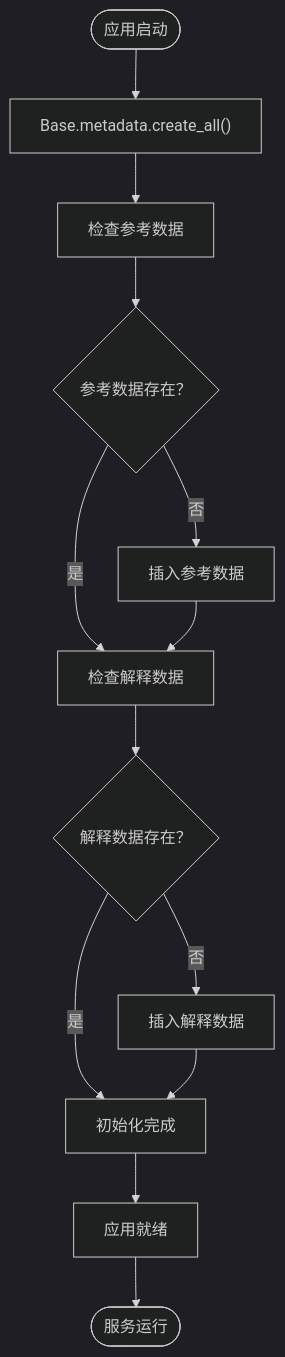
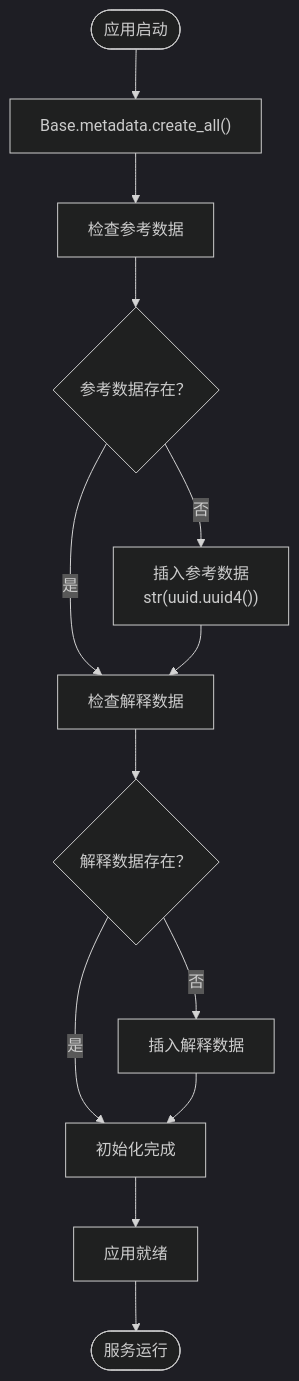
The fourth of 6 diagrams in .qoder/repowiki/zh/content/后端系统架构/数据库ORM设计.md (Miyuan2018/ruicheng-edu-system), drawn with Mermaid (dark theme) before and after one commit. The commit also changed other lines of this file and 6 other files, not shown here.

````diff
--- a/.qoder/repowiki/zh/content/后端系统架构/数据库ORM设计.md
+++ b/.qoder/repowiki/zh/content/后端系统架构/数据库ORM设计.md
@@ -253,15 +292,15 @@
 ```mermaid
 flowchart TD
 Start(["应用启动"]) --> CreateTables["Base.metadata.create_all()"]
 CreateTables --> CheckRef["检查参考数据"]
 CheckRef --> HasRef{"参考数据存在？"}
-HasRef --> |否| SeedRef["插入参考数据"]
+HasRef --> |否| SeedRef["插入参考数据<br/>str(uuid.uuid4())"]
 HasRef --> |是| CheckExp["检查解释数据"]
 SeedRef --> CheckExp
 CheckExp --> HasExp{"解释数据存在？"}
 HasExp --> |否| SeedExp["插入解释数据"]
 HasExp --> |是| Complete["初始化完成"]
 SeedExp --> Complete
 Complete --> Ready["应用就绪"]
 Ready --> End(["服务运行"])
 ```
````
